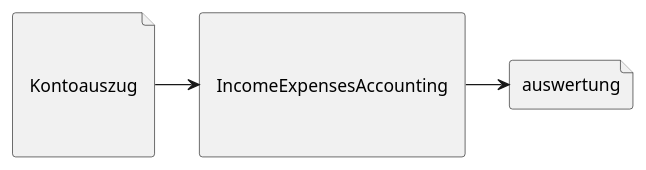
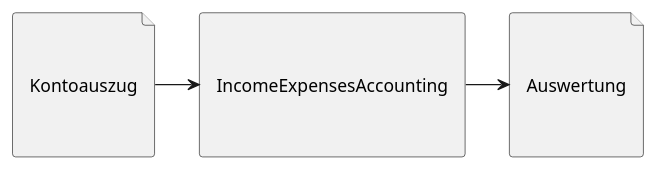
One commit to paser4se/IncomeExpensesAccounting changed the first of 2 diagrams in asciidocs/index.adoc. Above: the diagram before and after it, drawn with PlantUML.

```diff
--- a/asciidocs/index.adoc
+++ b/asciidocs/index.adoc
@@ -11,12 +11,12 @@
 [plantuml]
 ----
 @startuml
 
 file "\n\n Kontoauszug \n\n" as kontolog
 agent "\n\n IncomeExpensesAccounting \n\n" as einaus
-file auswertung
+file  "\n\n Auswertung \n\n" as auswertung
 kontolog -right-> einaus
 einaus -right-> auswertung
 
 @enduml
 ----
```
